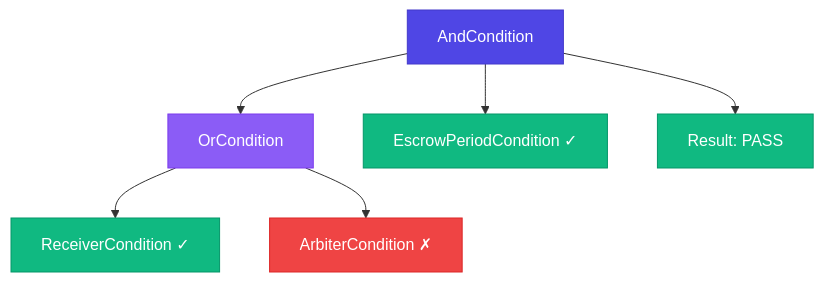
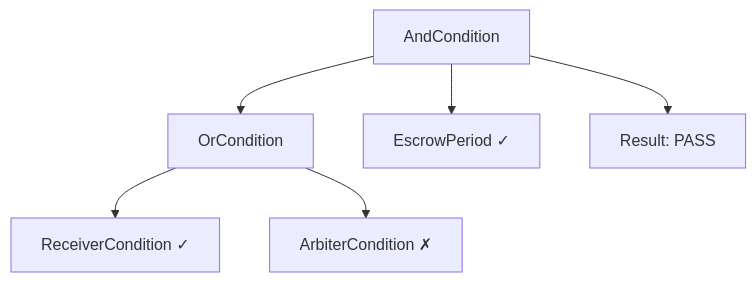
Before and after one commit to BackTrackCo/docs: the diagram in contracts/conditions.mdx, drawn with Mermaid. The commit also changed 3 other files, not shown here.

First line of the commit message:
fix: remove ugly custom Mermaid theme configs

````diff
--- a/contracts/conditions.mdx
+++ b/contracts/conditions.mdx
@@ -273,15 +273,8 @@
 ```mermaid
 flowchart TD
     AND[AndCondition] --> OR[OrCondition]
-    AND --> ESC[EscrowPeriodCondition ✓]
+    AND --> ESC[EscrowPeriod ✓]
     OR --> REC[ReceiverCondition ✓]
     OR --> ARB[ArbiterCondition ✗]
     AND --> RES[Result: PASS]
-
-    style AND fill:#4f46e5,stroke:#4338ca,color:#fff
-    style OR fill:#8b5cf6,stroke:#7c3aed,color:#fff
-    style REC fill:#10b981,stroke:#059669,color:#fff
-    style ARB fill:#ef4444,stroke:#dc2626,color:#fff
-    style ESC fill:#10b981,stroke:#059669,color:#fff
-    style RES fill:#10b981,stroke:#059669,color:#fff
 ```
````
